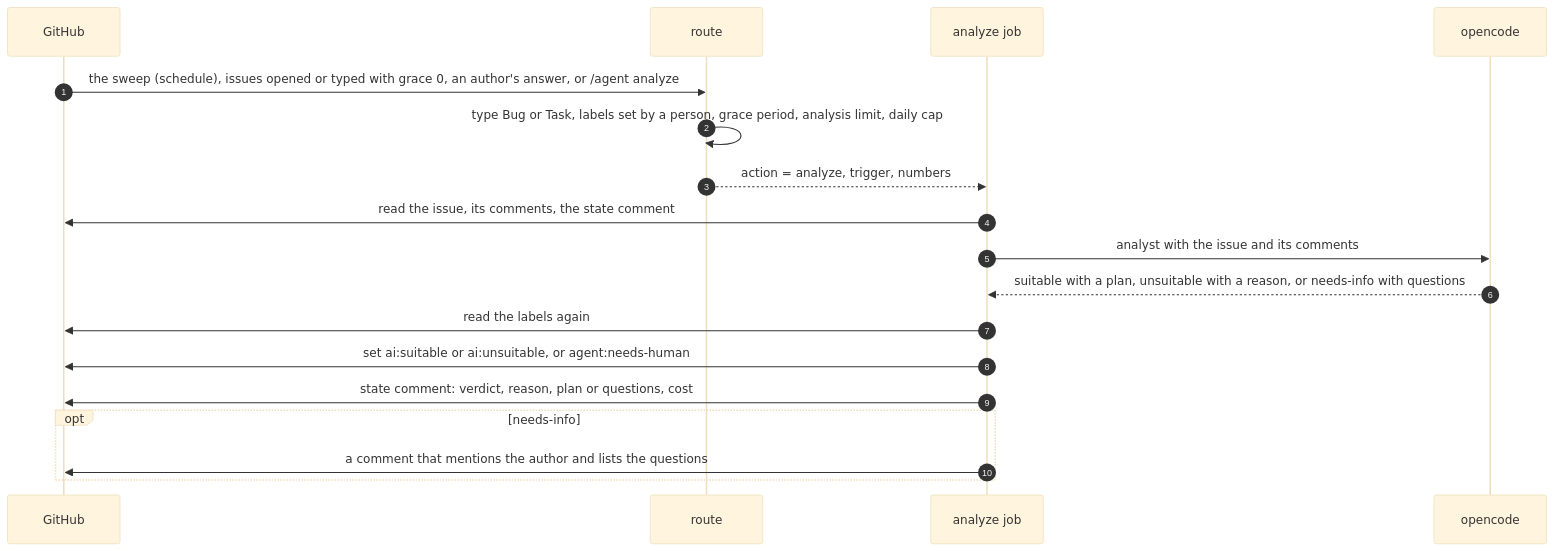
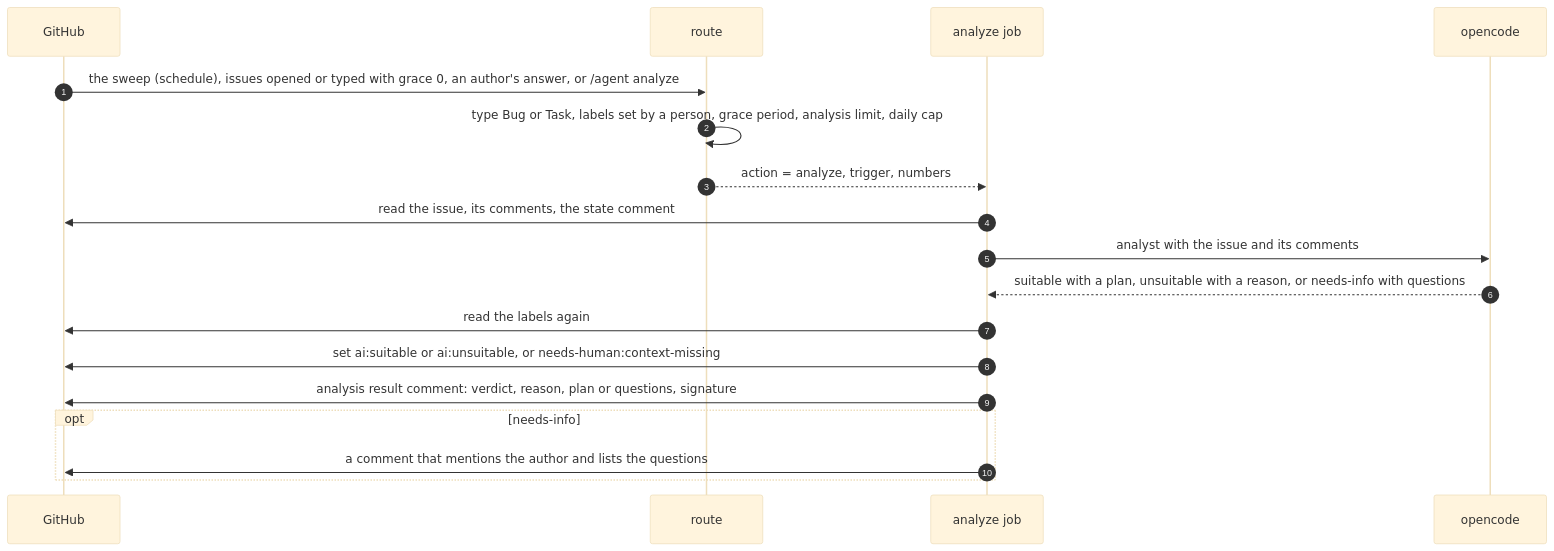
The fifth of 11 diagrams in docs/internal/autonomous-agent/architecture.md (Netcracker/qubership-apihub), drawn with Mermaid (base theme) before and after one commit. The commit also changed other lines of this file and 42 other files, not shown here.

First line of the commit message:
feat(agent): add stop reason labels, run signatures, and result comments

````diff
--- a/docs/internal/autonomous-agent/architecture.md
+++ b/docs/internal/autonomous-agent/architecture.md
@@ -328,20 +332,20 @@
 ```mermaid
 sequenceDiagram
   autonumber
   participant GH as GitHub
   participant R as route
   participant A as analyze job
   participant M as opencode
   GH->>R: the sweep (schedule), issues opened or typed with grace 0, an author's answer, or /agent analyze
   R->>R: type Bug or Task, labels set by a person, grace period, analysis limit, daily cap
   R-->>A: action = analyze, trigger, numbers
   A->>GH: read the issue, its comments, the state comment
   A->>M: analyst with the issue and its comments
   M-->>A: suitable with a plan, unsuitable with a reason, or needs-info with questions
   A->>GH: read the labels again
-  A->>GH: set ai:suitable or ai:unsuitable, or agent:needs-human
-  A->>GH: state comment: verdict, reason, plan or questions, cost
+  A->>GH: set ai:suitable or ai:unsuitable, or needs-human:context-missing
+  A->>GH: analysis result comment: verdict, reason, plan or questions, signature
   opt needs-info
     A->>GH: a comment that mentions the author and lists the questions
   end
 ```
````
